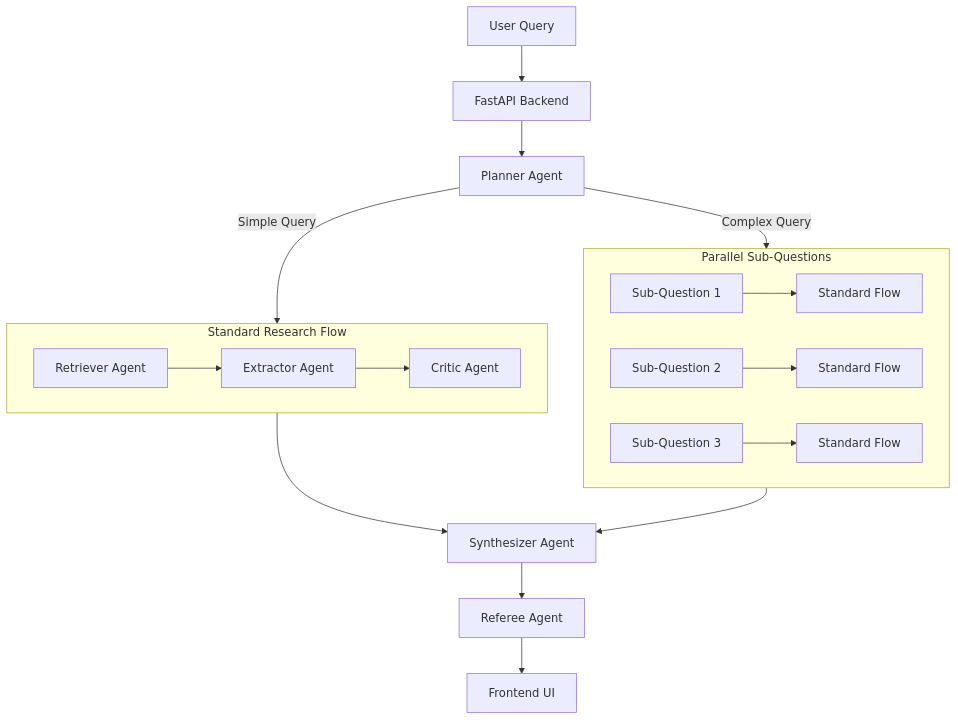
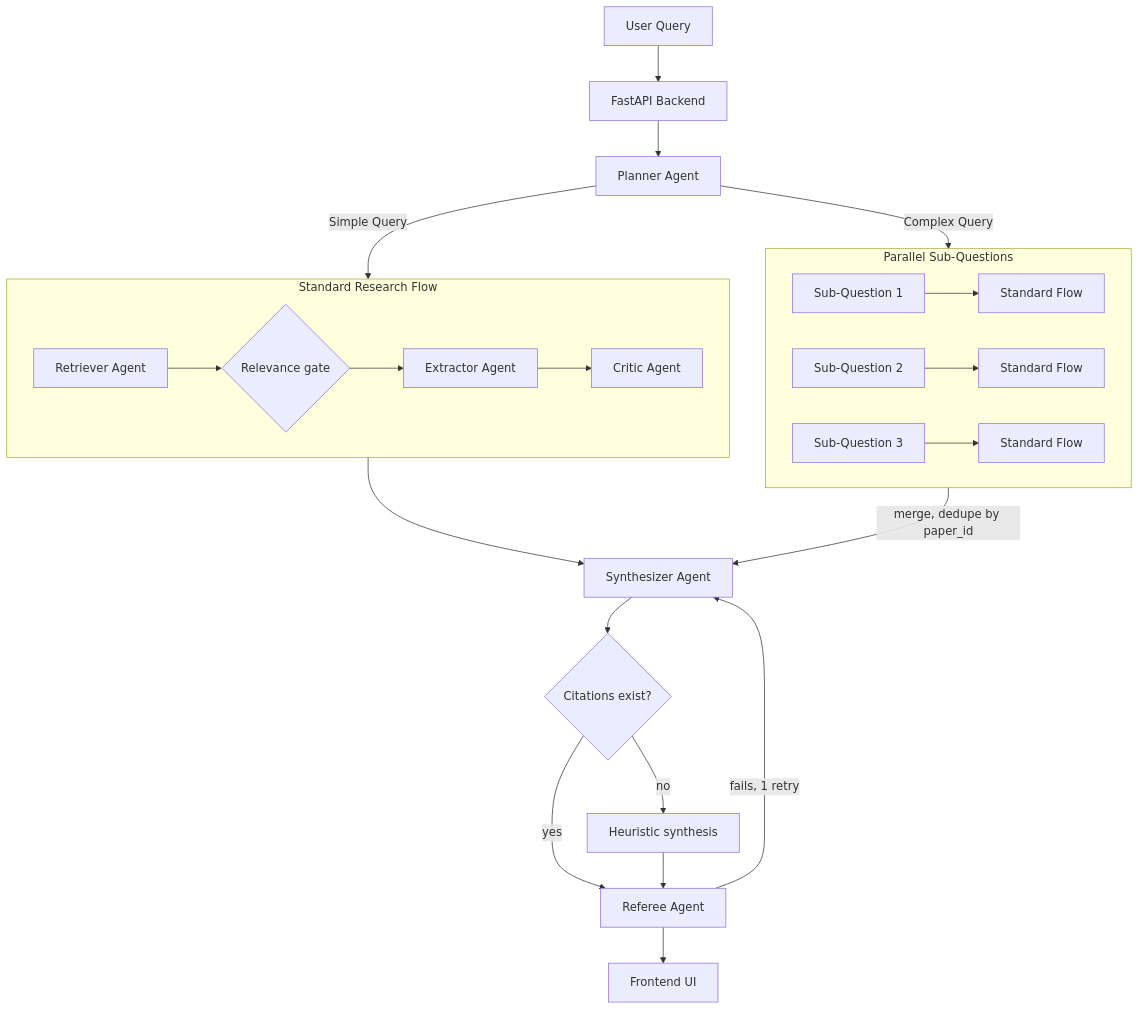
The diagram in README.md (aryanj2374/MultiAgentResearcher), drawn with Mermaid before and after one commit. The commit also changed other lines of this file and 7 other files, not shown here.

First line of the commit message:
Fix synthesis reporting counts instead of research findings

````diff
--- a/README.md
+++ b/README.md
@@ -21,25 +22,30 @@
 ```mermaid
 graph TD
     User[User Query] --> API[FastAPI Backend]
     API --> Planner[Planner Agent]
     
     Planner -- "Simple Query" --> SingleFlow
     Planner -- "Complex Query" --> DeepResearch[Deep Research Mode]
     
     subgraph SingleFlow [Standard Research Flow]
-        Retriever[Retriever Agent] --> Extractor[Extractor Agent]
+        Retriever[Retriever Agent] --> Relevance{Relevance gate}
+        Relevance --> Extractor[Extractor Agent]
         Extractor --> Critic[Critic Agent]
     end
     
     subgraph DeepResearch [Parallel Sub-Questions]
         SubQ1[Sub-Question 1] --> Flow1[Standard Flow]
         SubQ2[Sub-Question 2] --> Flow2[Standard Flow]
         SubQ3[Sub-Question 3] --> Flow3[Standard Flow]
     end
     
     SingleFlow --> Synthesizer[Synthesizer Agent]
-    DeepResearch --> Synthesizer
+    DeepResearch -- "merge, dedupe by paper_id" --> Synthesizer
     
-    Synthesizer --> Referee[Referee Agent]
+    Synthesizer --> Integrity{Citations exist?}
+    Integrity -- "no" --> Fallback[Heuristic synthesis]
+    Integrity -- "yes" --> Referee[Referee Agent]
+    Fallback --> Referee
+    Referee -- "fails, 1 retry" --> Synthesizer
     Referee --> UI[Frontend UI]
 ```
````
